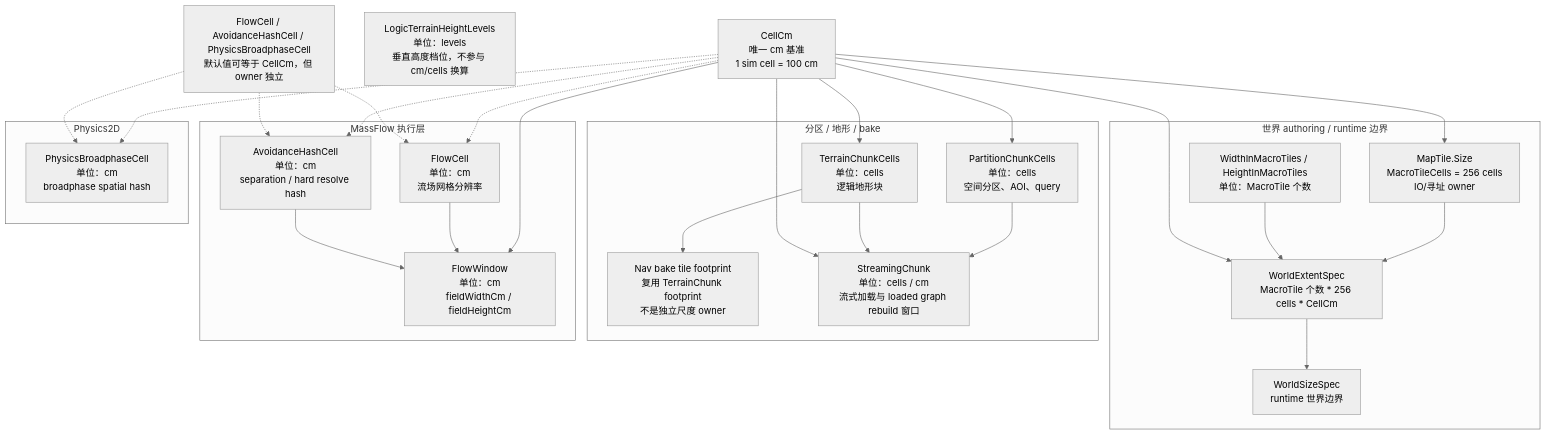
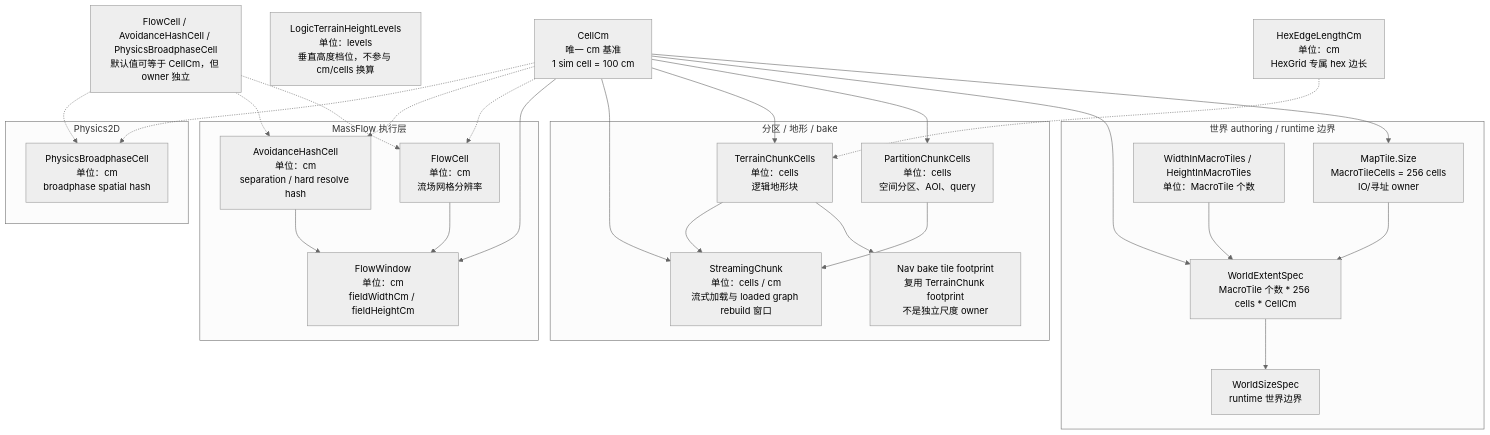
One commit to MightyBubble/Ludots changed the diagram in gitbook/reference/spatial-scale-configuration.md. Above: the diagram before and after it, drawn with Mermaid (neutral theme). The commit also changed other lines of this file and 17 other files, not shown here.

````diff
--- a/gitbook/reference/spatial-scale-configuration.md
+++ b/gitbook/reference/spatial-scale-configuration.md
@@ -9,55 +9,57 @@
 ```mermaid
 flowchart TD
     CellCm["CellCm<br/>唯一 cm 基准<br/>1 sim cell = 100 cm"]
 
     subgraph Authoring["世界 authoring / runtime 边界"]
         MacroOwner["MapTile.Size<br/>MacroTileCells = 256 cells<br/>IO/寻址 owner"]
         MacroCount["WidthInMacroTiles / HeightInMacroTiles<br/>单位：MacroTile 个数"]
         WorldExtent["WorldExtentSpec<br/>MacroTile 个数 * 256 cells * CellCm"]
         WorldSize["WorldSizeSpec<br/>runtime 世界边界"]
     end
 
     subgraph PartitionTerrain["分区 / 地形 / bake"]
         Partition["PartitionChunkCells<br/>单位：cells<br/>空间分区、AOI、query"]
         Terrain["TerrainChunkCells<br/>单位：cells<br/>逻辑地形块"]
         NavFootprint["Nav bake tile footprint<br/>复用 TerrainChunk footprint<br/>不是独立尺度 owner"]
         Streaming["StreamingChunk<br/>单位：cells / cm<br/>流式加载与 loaded graph rebuild 窗口"]
     end
 
     subgraph MassFlow["MassFlow 执行层"]
         FlowWindow["FlowWindow<br/>单位：cm<br/>fieldWidthCm / fieldHeightCm"]
         FlowCell["FlowCell<br/>单位：cm<br/>流场网格分辨率"]
         AvoidHash["AvoidanceHashCell<br/>单位：cm<br/>separation / hard resolve hash"]
     end
 
     subgraph Physics["Physics2D"]
         Broadphase["PhysicsBroadphaseCell<br/>单位：cm<br/>broadphase spatial hash"]
     end
 
     HeightLevels["LogicTerrainHeightLevels<br/>单位：levels<br/>垂直高度档位，不参与 cm/cells 换算"]
     IndependentOwner["FlowCell / AvoidanceHashCell / PhysicsBroadphaseCell<br/>默认值可等于 CellCm，但 owner 独立"]
 
     CellCm --> MacroOwner
+    HexEdge["HexEdgeLengthCm<br/>单位：cm<br/>HexGrid 专属 hex 边长"]
     MacroOwner --> WorldExtent
     MacroCount --> WorldExtent
     CellCm --> WorldExtent
     WorldExtent --> WorldSize
 
     CellCm --> Partition
     CellCm --> Terrain
     Terrain --> NavFootprint
     Partition --> Streaming
     Terrain --> Streaming
     CellCm --> Streaming
+    HexEdge -.-> Terrain
 
     CellCm --> FlowWindow
     FlowCell --> FlowWindow
     AvoidHash --> FlowWindow
     CellCm -.-> FlowCell
     CellCm -.-> AvoidHash
 
     CellCm -.-> Broadphase
     IndependentOwner -.-> FlowCell
     IndependentOwner -.-> AvoidHash
     IndependentOwner -.-> Broadphase
 ```
````
